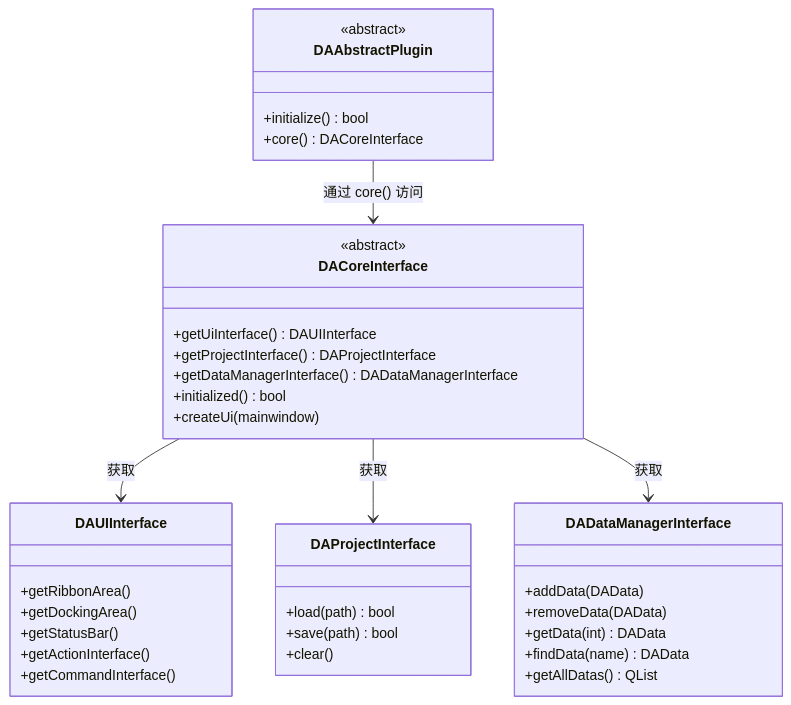
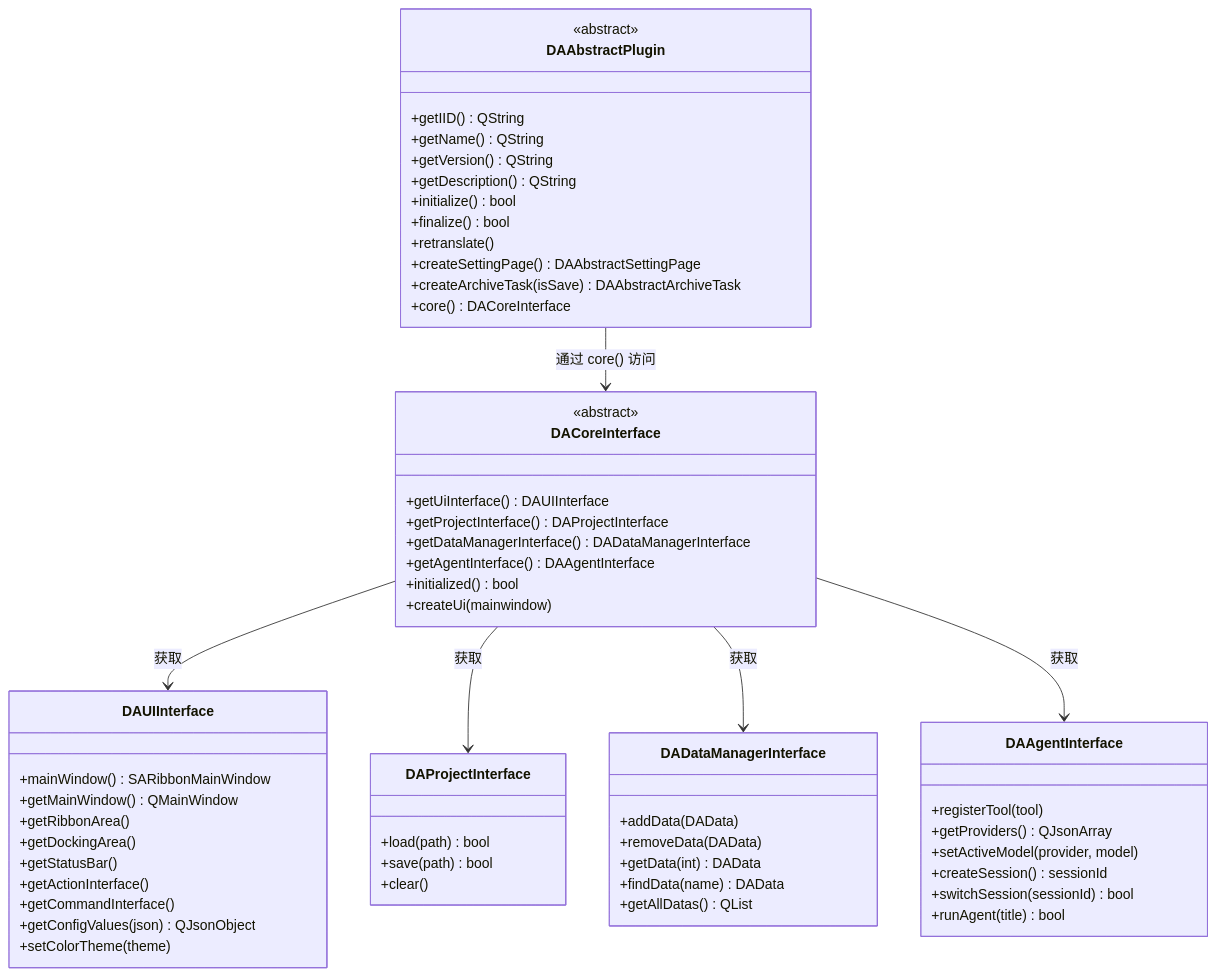
The second of 2 diagrams in docs/zh/api-reference/overview.md (czyt1988/data-workbench), drawn with Mermaid before and after one commit. The commit also changed other lines of this file and 69 other files, not shown here.

````diff
--- a/docs/zh/api-reference/overview.md
+++ b/docs/zh/api-reference/overview.md
@@ -75,40 +77,62 @@
 ```mermaid
 classDiagram
     class DACoreInterface {
         <<abstract>>
         +getUiInterface() DAUIInterface
         +getProjectInterface() DAProjectInterface
         +getDataManagerInterface() DADataManagerInterface
+        +getAgentInterface() DAAgentInterface
         +initialized() bool
         +createUi(mainwindow)
     }
     class DAUIInterface {
+        +mainWindow() SARibbonMainWindow
+        +getMainWindow() QMainWindow
         +getRibbonArea()
         +getDockingArea()
         +getStatusBar()
         +getActionInterface()
         +getCommandInterface()
+        +getConfigValues(json) QJsonObject
+        +setColorTheme(theme)
     }
     class DAProjectInterface {
         +load(path) bool
         +save(path) bool
         +clear()
     }
     class DADataManagerInterface {
         +addData(DAData)
         +removeData(DAData)
         +getData(int) DAData
         +findData(name) DAData
         +getAllDatas() QList
     }
+    class DAAgentInterface {
+        +registerTool(tool)
+        +getProviders() QJsonArray
+        +setActiveModel(provider, model)
+        +createSession() sessionId
+        +switchSession(sessionId) bool
+        +runAgent(title) bool
+    }
     class DAAbstractPlugin {
         <<abstract>>
+        +getIID() QString
+        +getName() QString
+        +getVersion() QString
+        +getDescription() QString
         +initialize() bool
+        +finalize() bool
+        +retranslate()
+        +createSettingPage() DAAbstractSettingPage
+        +createArchiveTask(isSave) DAAbstractArchiveTask
         +core() DACoreInterface
     }
 
     DAAbstractPlugin --> DACoreInterface : 通过 core() 访问
     DACoreInterface --> DAUIInterface : 获取
     DACoreInterface --> DAProjectInterface : 获取
     DACoreInterface --> DADataManagerInterface : 获取
+    DACoreInterface --> DAAgentInterface : 获取
 ```
````
